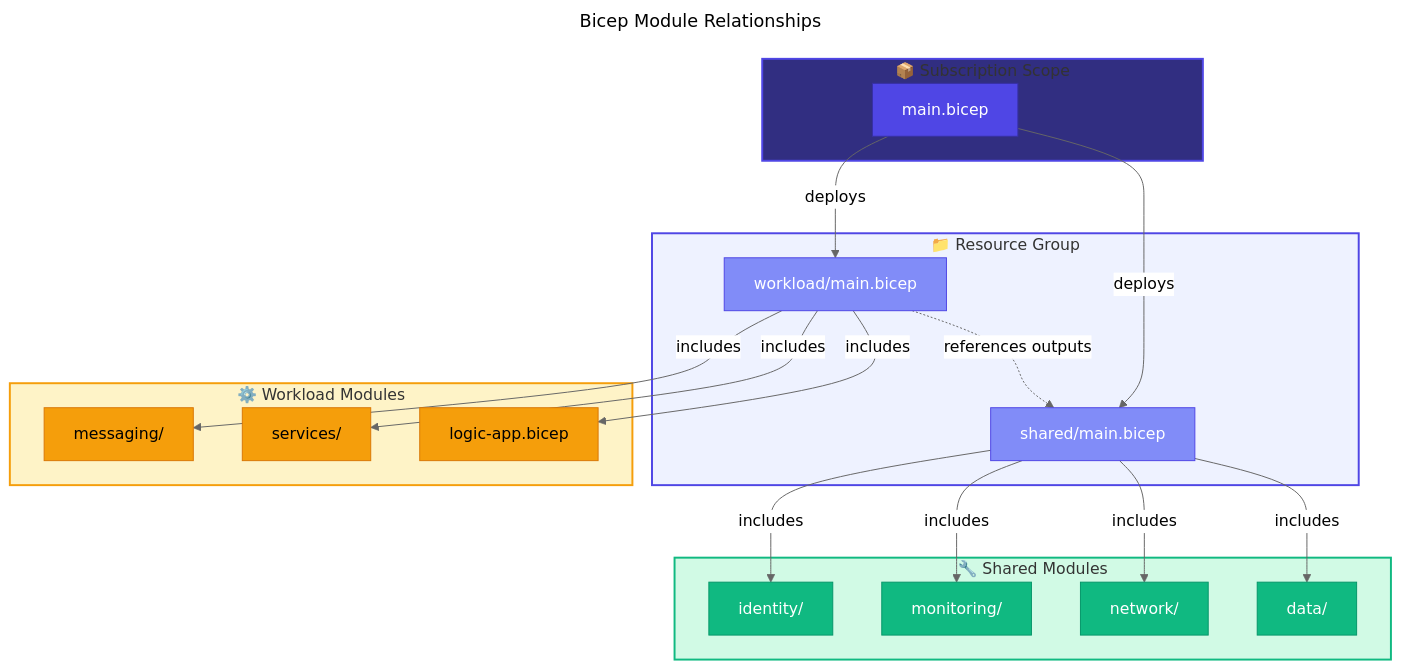
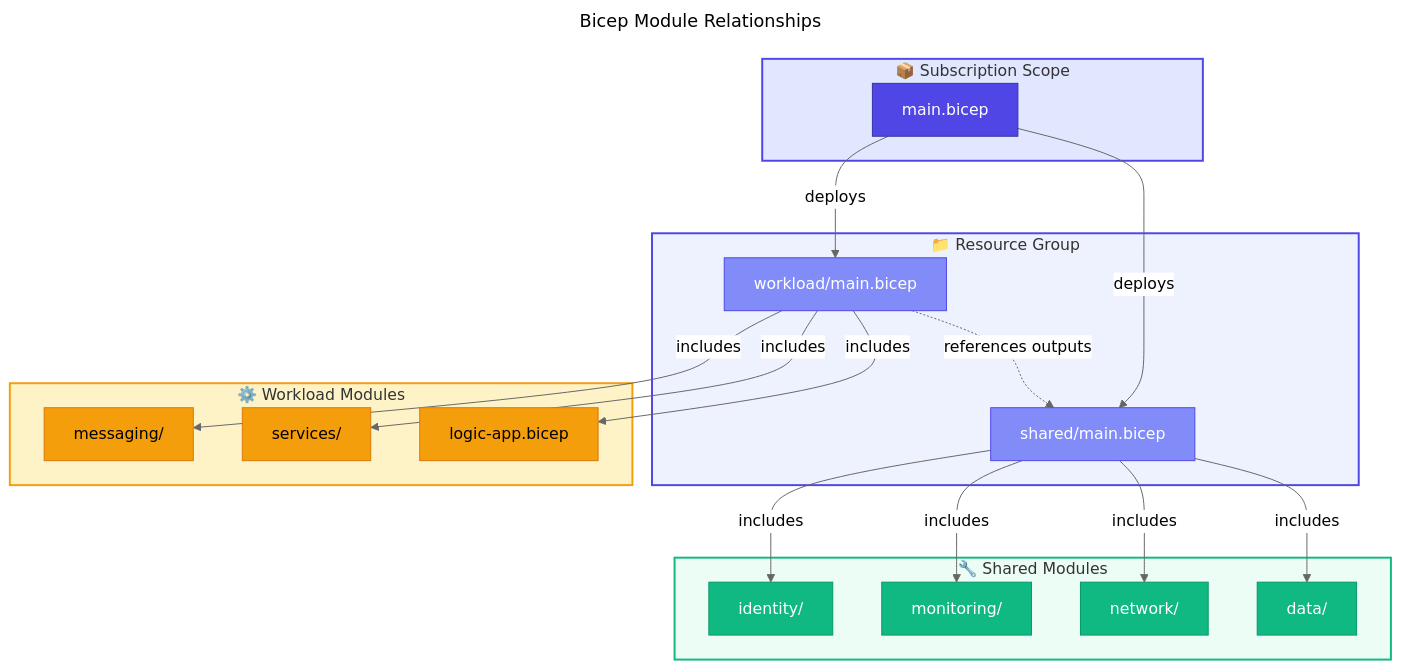
The second of 6 diagrams in docs/architecture/07-deployment-architecture.md (Evilazaro/Azure-LogicApps-Monitoring), drawn with Mermaid (neutral theme) before and after one commit. The commit also changed other lines of this file, not shown here.

Commit message:
fix: Enhance flowchart styles and add component descriptions in deployment architecture documentation

````diff
--- a/docs/architecture/07-deployment-architecture.md
+++ b/docs/architecture/07-deployment-architecture.md
@@ -108,63 +108,65 @@
 ```mermaid
 ---
 title: Bicep Module Relationships
 ---
 flowchart TB
     %% ===== CLASS DEFINITIONS =====
+    %% Primary components: Indigo - main processes/services
     classDef primary fill:#4F46E5,stroke:#3730A3,color:#FFFFFF
+    %% Secondary components: Emerald - secondary elements
     classDef secondary fill:#10B981,stroke:#059669,color:#FFFFFF
+    %% Data stores: Amber - artifacts/outputs
     classDef datastore fill:#F59E0B,stroke:#D97706,color:#000000
+    %% External systems: Gray - external calls
     classDef external fill:#6B7280,stroke:#4B5563,color:#FFFFFF,stroke-dasharray: 5 5
-    classDef failed fill:#F44336,stroke:#C62828,color:#FFFFFF
+    %% Triggers: Indigo light - entry points
     classDef trigger fill:#818CF8,stroke:#4F46E5,color:#FFFFFF
-    classDef decision fill:#FFFBEB,stroke:#F59E0B,color:#000000
-    classDef input fill:#F3F4F6,stroke:#6B7280,color:#000000
 
     %% ===== SUBSCRIPTION SCOPE =====
     subgraph Subscription["📦 Subscription Scope"]
         Main["main.bicep"]
     end
-    style Subscription fill:#312E81,stroke:#4F46E5,stroke-width:2px
+    style Subscription fill:#E0E7FF,stroke:#4F46E5,stroke-width:2px
 
     %% ===== RESOURCE GROUP SCOPE =====
     subgraph RG["📁 Resource Group"]
         Shared["shared/main.bicep"]
         Workload["workload/main.bicep"]
     end
     style RG fill:#EEF2FF,stroke:#4F46E5,stroke-width:2px
 
     %% ===== SHARED MODULES =====
     subgraph SharedModules["🔧 Shared Modules"]
         Identity["identity/"]
         Monitoring["monitoring/"]
         Network["network/"]
         Data["data/"]
     end
-    style SharedModules fill:#D1FAE5,stroke:#10B981,stroke-width:2px
+    style SharedModules fill:#ECFDF5,stroke:#10B981,stroke-width:2px
 
     %% ===== WORKLOAD MODULES =====
     subgraph WorkloadModules["⚙️ Workload Modules"]
         Messaging["messaging/"]
         Services["services/"]
         LogicApp["logic-app.bicep"]
     end
     style WorkloadModules fill:#FEF3C7,stroke:#F59E0B,stroke-width:2px
 
     %% ===== MODULE DEPENDENCIES =====
     Main -->|"deploys"| Shared
     Main -->|"deploys"| Workload
     Shared -->|"includes"| Identity
     Shared -->|"includes"| Monitoring
     Shared -->|"includes"| Network
     Shared -->|"includes"| Data
     Workload -->|"includes"| Messaging
     Workload -->|"includes"| Services
     Workload -->|"includes"| LogicApp
     Workload -.->|"references outputs"| Shared
 
     %% ===== APPLY STYLES =====
     class Main primary
     class Shared,Workload trigger
     class Identity,Monitoring,Network,Data secondary
     class Messaging,Services,LogicApp datastore
 ```
````
